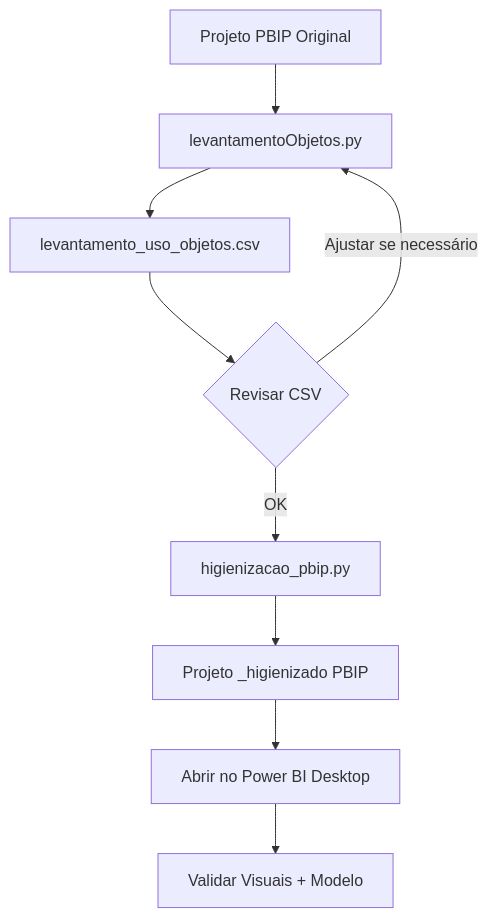
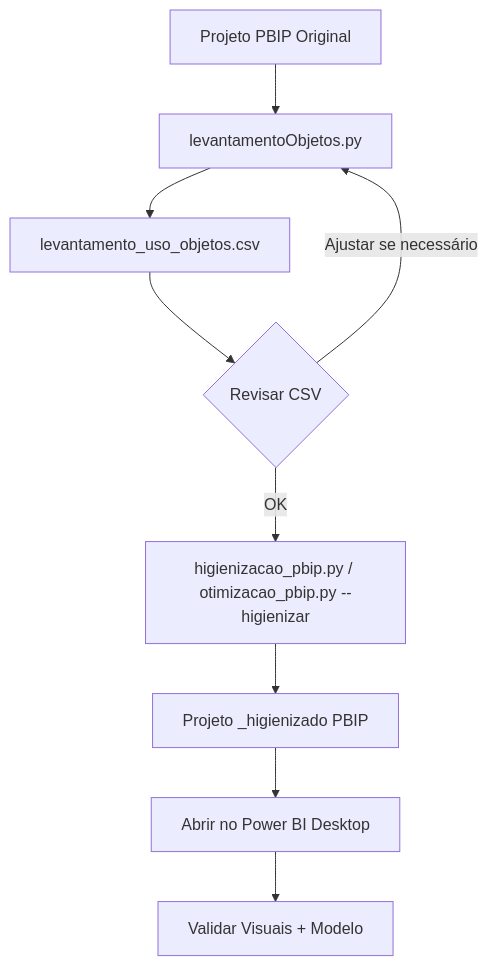
One commit to baludf/Otimizacao-de-processos-para-projetos-PBI changed the second of 2 diagrams in README.md. Above: the diagram before and after it, drawn with Mermaid. The commit also changed other lines of this file and 1 other file, not shown here.

First line of the commit message:
Rename to otimizacao_pbip.py + add --higienizar flag + dual-mode execution

````diff
--- a/README.md
+++ b/README.md
@@ -200,11 +249,11 @@
 ```mermaid
 graph TD
     A[Projeto PBIP Original] --> B[levantamentoObjetos.py]
     B --> C[levantamento_uso_objetos.csv]
     C --> D{Revisar CSV}
     D -->|Ajustar se necessário| B
-    D -->|OK| E[higienizacao_pbip.py]
+    D -->|OK| E[higienizacao_pbip.py / otimizacao_pbip.py --higienizar]
     E --> F[Projeto _higienizado PBIP]
     F --> G[Abrir no Power BI Desktop]
     G --> H[Validar Visuais + Modelo]
 ```
````
